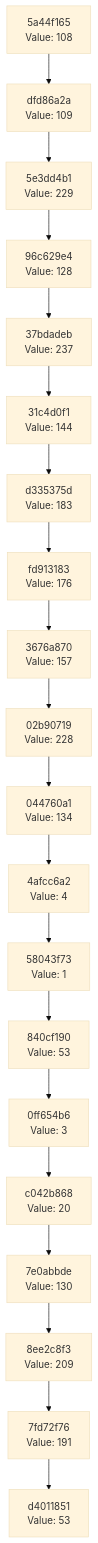
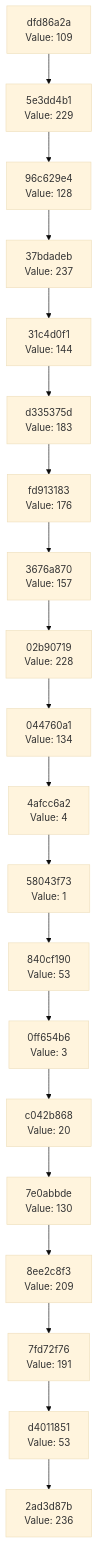
Before and after one commit to Abhisheksinha1506/hash-chain-evolver: the diagram in docs/CHAIN_VISUALIZATION.md, drawn with Mermaid (base theme). The commit also changed 3 other files, not shown here.

````diff
--- a/docs/CHAIN_VISUALIZATION.md
+++ b/docs/CHAIN_VISUALIZATION.md
@@ -3,42 +3,42 @@
 ```mermaid
 graph TD
-    C0["d4011851<br/>Value: 53"]
-    C1["7fd72f76<br/>Value: 191"]
+    C0["2ad3d87b<br/>Value: 236"]
+    C1["d4011851<br/>Value: 53"]
     C1 --> C0
-    C2["8ee2c8f3<br/>Value: 209"]
+    C2["7fd72f76<br/>Value: 191"]
     C2 --> C1
-    C3["7e0abbde<br/>Value: 130"]
+    C3["8ee2c8f3<br/>Value: 209"]
     C3 --> C2
-    C4["c042b868<br/>Value: 20"]
+    C4["7e0abbde<br/>Value: 130"]
     C4 --> C3
-    C5["0ff654b6<br/>Value: 3"]
+    C5["c042b868<br/>Value: 20"]
     C5 --> C4
-    C6["840cf190<br/>Value: 53"]
+    C6["0ff654b6<br/>Value: 3"]
     C6 --> C5
-    C7["58043f73<br/>Value: 1"]
+    C7["840cf190<br/>Value: 53"]
     C7 --> C6
-    C8["4afcc6a2<br/>Value: 4"]
+    C8["58043f73<br/>Value: 1"]
     C8 --> C7
-    C9["044760a1<br/>Value: 134"]
+    C9["4afcc6a2<br/>Value: 4"]
     C9 --> C8
-    C10["02b90719<br/>Value: 228"]
+    C10["044760a1<br/>Value: 134"]
     C10 --> C9
-    C11["3676a870<br/>Value: 157"]
+    C11["02b90719<br/>Value: 228"]
     C11 --> C10
-    C12["fd913183<br/>Value: 176"]
+    C12["3676a870<br/>Value: 157"]
     C12 --> C11
-    C13["d335375d<br/>Value: 183"]
+    C13["fd913183<br/>Value: 176"]
     C13 --> C12
-    C14["31c4d0f1<br/>Value: 144"]
+    C14["d335375d<br/>Value: 183"]
     C14 --> C13
-    C15["37bdadeb<br/>Value: 237"]
+    C15["31c4d0f1<br/>Value: 144"]
     C15 --> C14
-    C16["96c629e4<br/>Value: 128"]
+    C16["37bdadeb<br/>Value: 237"]
     C16 --> C15
-    C17["5e3dd4b1<br/>Value: 229"]
+    C17["96c629e4<br/>Value: 128"]
     C17 --> C16
-    C18["dfd86a2a<br/>Value: 109"]
+    C18["5e3dd4b1<br/>Value: 229"]
     C18 --> C17
-    C19["5a44f165<br/>Value: 108"]
+    C19["dfd86a2a<br/>Value: 109"]
     C19 --> C18
 ```
````
